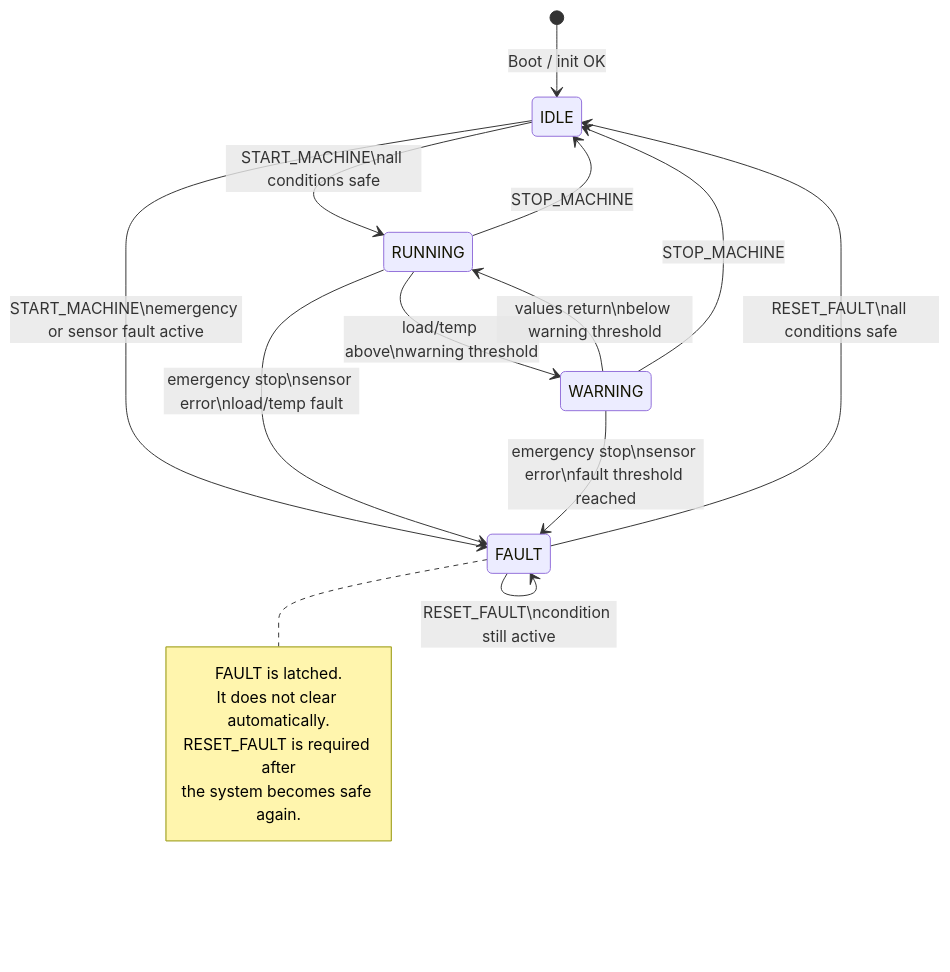
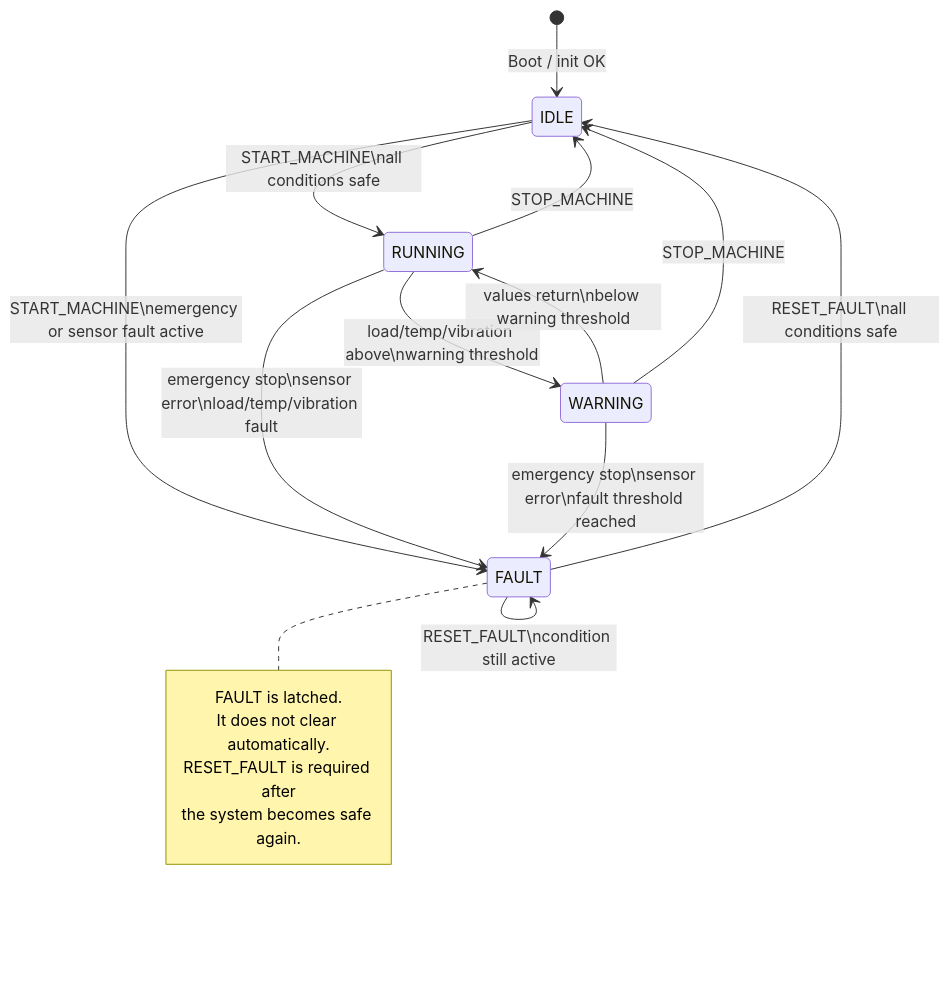
One commit to anasmansouri/machine-monitoring-edge-gateway changed the diagram in README.md. Above: the diagram before and after it, drawn with Mermaid. The commit also changed other lines of this file, not shown here.

Commit message:
Update gateway README for vibration threshold service

````diff
--- a/README.md
+++ b/README.md
@@ -384,25 +432,25 @@
 ```mermaid
 stateDiagram-v2
     [*] --> IDLE: Boot / init OK
 
     IDLE --> RUNNING: START_MACHINE\nall conditions safe
     IDLE --> FAULT: START_MACHINE\nemergency or sensor fault active
 
     RUNNING --> IDLE: STOP_MACHINE
-    RUNNING --> WARNING: load/temp above\nwarning threshold
-    RUNNING --> FAULT: emergency stop\nsensor error\nload/temp fault
+    RUNNING --> WARNING: load/temp/vibration above\nwarning threshold
+    RUNNING --> FAULT: emergency stop\nsensor error\nload/temp/vibration fault
 
     WARNING --> RUNNING: values return\nbelow warning threshold
     WARNING --> IDLE: STOP_MACHINE
     WARNING --> FAULT: emergency stop\nsensor error\nfault threshold reached
 
     FAULT --> IDLE: RESET_FAULT\nall conditions safe
     FAULT --> FAULT: RESET_FAULT\ncondition still active
 
     note right of FAULT
       FAULT is latched.
       It does not clear automatically.
       RESET_FAULT is required after
       the system becomes safe again.
     end note
 ```
````
